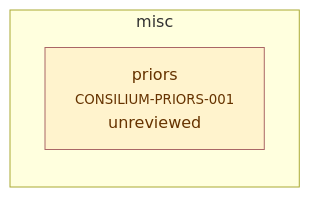
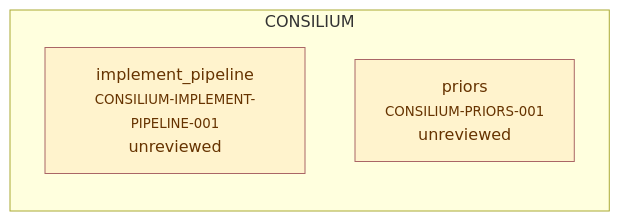
Before and after one commit to alxmax/Consilium: the fourth of 4 diagrams in requirements/_map.md, drawn with Mermaid. The commit also changed other lines of this file and 11 other files, not shown here.

````diff
--- a/requirements/_map.md
+++ b/requirements/_map.md
@@ -222,7 +222,9 @@
 ```mermaid
 graph LR
-  subgraph sg_misc["misc"]
+  subgraph sg_CONSILIUM["CONSILIUM"]
+    CONSILIUM_IMPLEMENT_PIPELINE_001["implement_pipeline<br><small>CONSILIUM-IMPLEMENT-PIPELINE-001</small><br>unreviewed"]
     CONSILIUM_PRIORS_001["priors<br><small>CONSILIUM-PRIORS-001</small><br>unreviewed"]
   end
+  style CONSILIUM_IMPLEMENT_PIPELINE_001 fill:#fff3cd,stroke:#a66,color:#630
   style CONSILIUM_PRIORS_001 fill:#fff3cd,stroke:#a66,color:#630
 ```
````
